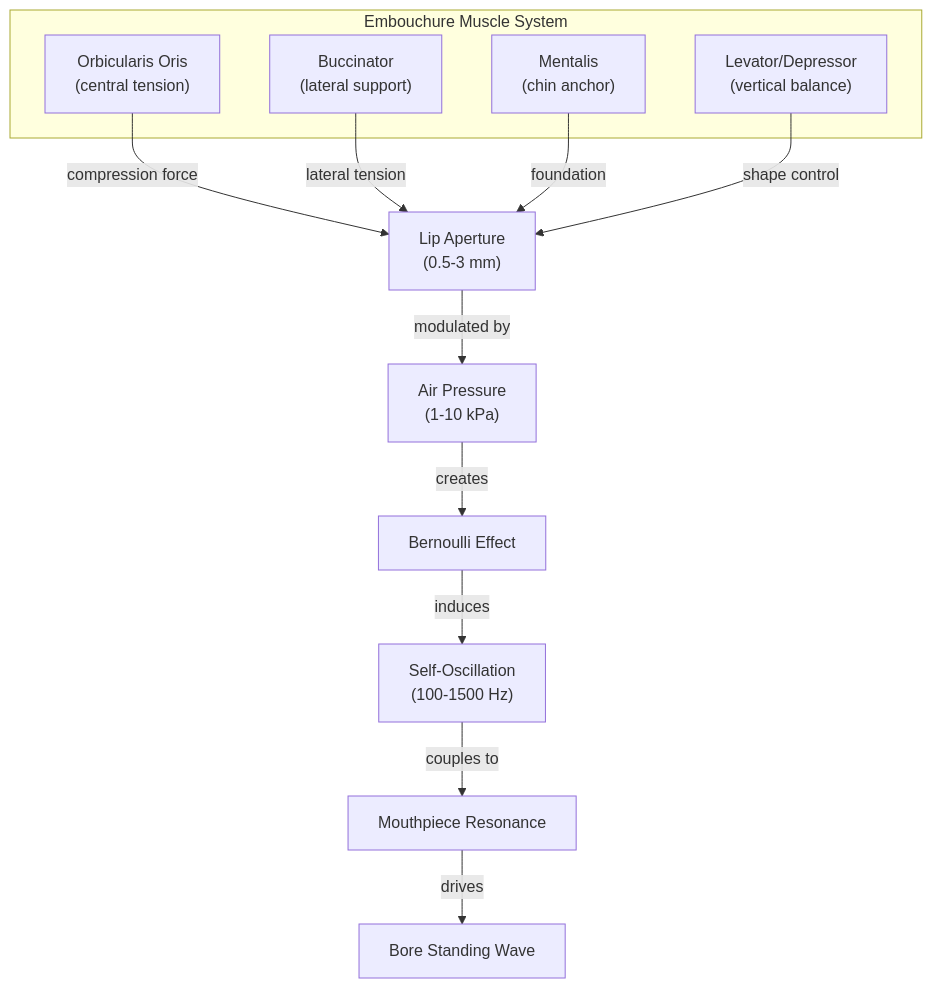
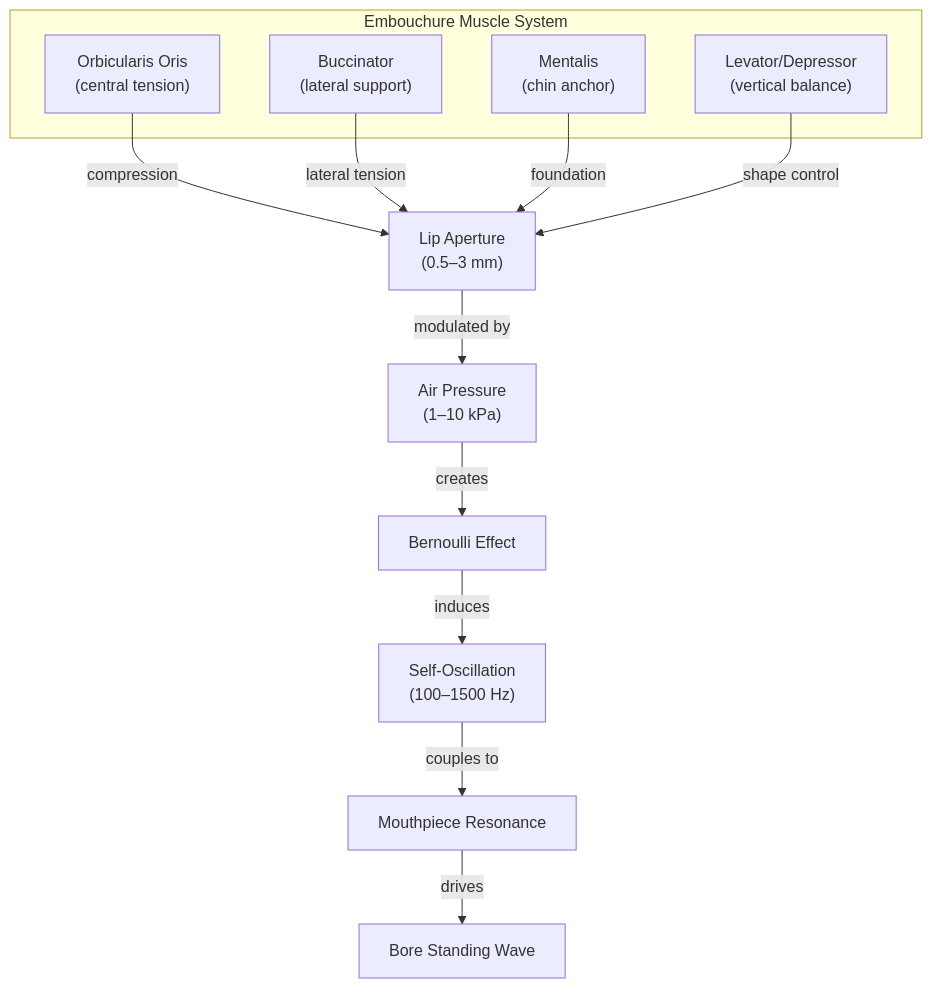
Before and after one commit to blebleblee/synapse: the second of 3 diagrams in topics/arts/music_performance/brass/lesson_01_brass_techniques.md, drawn with Mermaid. The commit also changed other lines of this file and 4 other files, not shown here.

````diff
--- a/topics/arts/music_performance/brass/lesson_01_brass_techniques.md
+++ b/topics/arts/music_performance/brass/lesson_01_brass_techniques.md
@@ -94,20 +82,20 @@
 ```mermaid
 graph TD
-    subgraph sub_embouchure_muscle_system ["Embouchure Muscle System"]
+    subgraph sub_embouchure ["Embouchure Muscle System"]
     A["Orbicularis Oris<br/>(central tension)"] 
     B["Buccinator<br/>(lateral support)"]
     C["Mentalis<br/>(chin anchor)"]
     D["Levator/Depressor<br/>(vertical balance)"]
     end
     
-    A -->|"compression force"| E["Lip Aperture<br/>(0.5-3 mm)"]
+    A -->|"compression"| E["Lip Aperture<br/>(0.5–3 mm)"]
     B -->|"lateral tension"| E
     C -->|"foundation"| E
     D -->|"shape control"| E
     
-    E -->|"modulated by"| F["Air Pressure<br/>(1-10 kPa)"]
+    E -->|"modulated by"| F["Air Pressure<br/>(1–10 kPa)"]
     F -->|"creates"| G["Bernoulli Effect"]
-    G -->|"induces"| H["Self-Oscillation<br/>(100-1500 Hz)"]
+    G -->|"induces"| H["Self-Oscillation<br/>(100–1500 Hz)"]
     H -->|"couples to"| I["Mouthpiece Resonance"]
     I -->|"drives"| J["Bore Standing Wave"]
 ```
````
